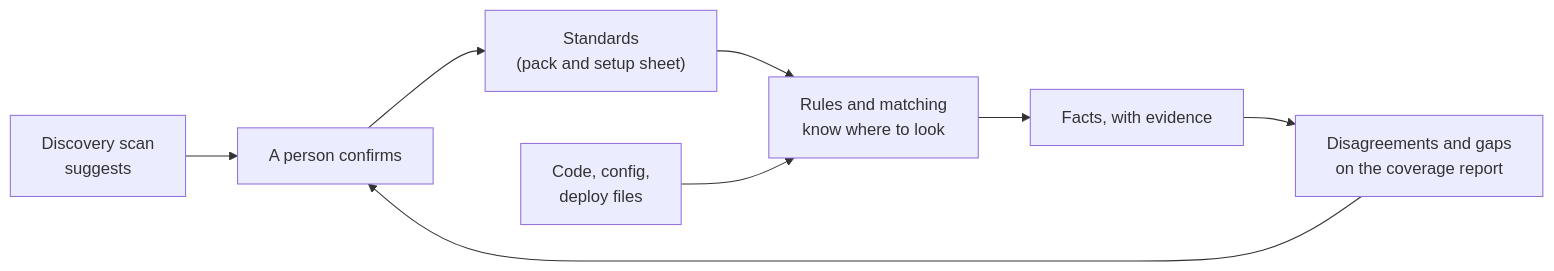
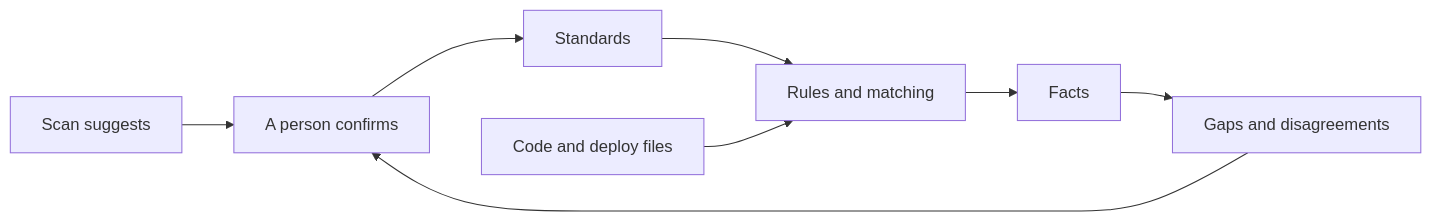
One commit to KBavis/steno changed the diagram in docs/plan/organization-standards.md. Above: the diagram before and after it, drawn with Mermaid. The commit also changed other lines of this file and 35 other files, not shown here.

First line of the commit message:
docs: simplify the docs and record D150 (flows-first routing)

````diff
--- a/docs/plan/organization-standards.md
+++ b/docs/plan/organization-standards.md
@@ -13,10 +11,7 @@
 ```mermaid
 flowchart LR
-    S["Discovery scan<br/>suggests"] --> P["A person confirms"]
-    P --> T["Standards<br/>(pack and setup sheet)"]
-    T --> R["Rules and matching<br/>know where to look"]
-    C["Code, config,<br/>deploy files"] --> R
-    R --> F["Facts, with evidence"]
-    F --> G["Disagreements and gaps<br/>on the coverage report"]
-    G --> P
+    S["Scan suggests"] --> P["A person confirms"] --> T["Standards"]
+    T --> R["Rules and matching"]
+    C["Code and deploy files"] --> R
+    R --> F["Facts"] --> G["Gaps and disagreements"] --> P
 ```
````
